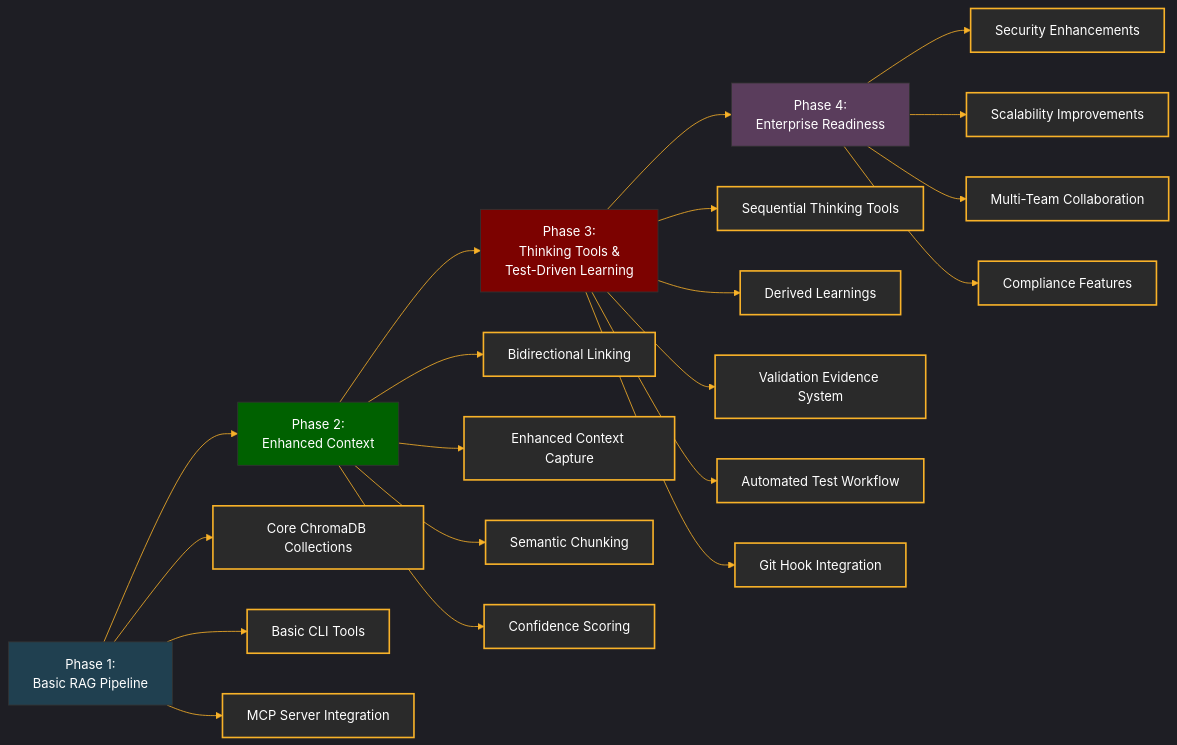
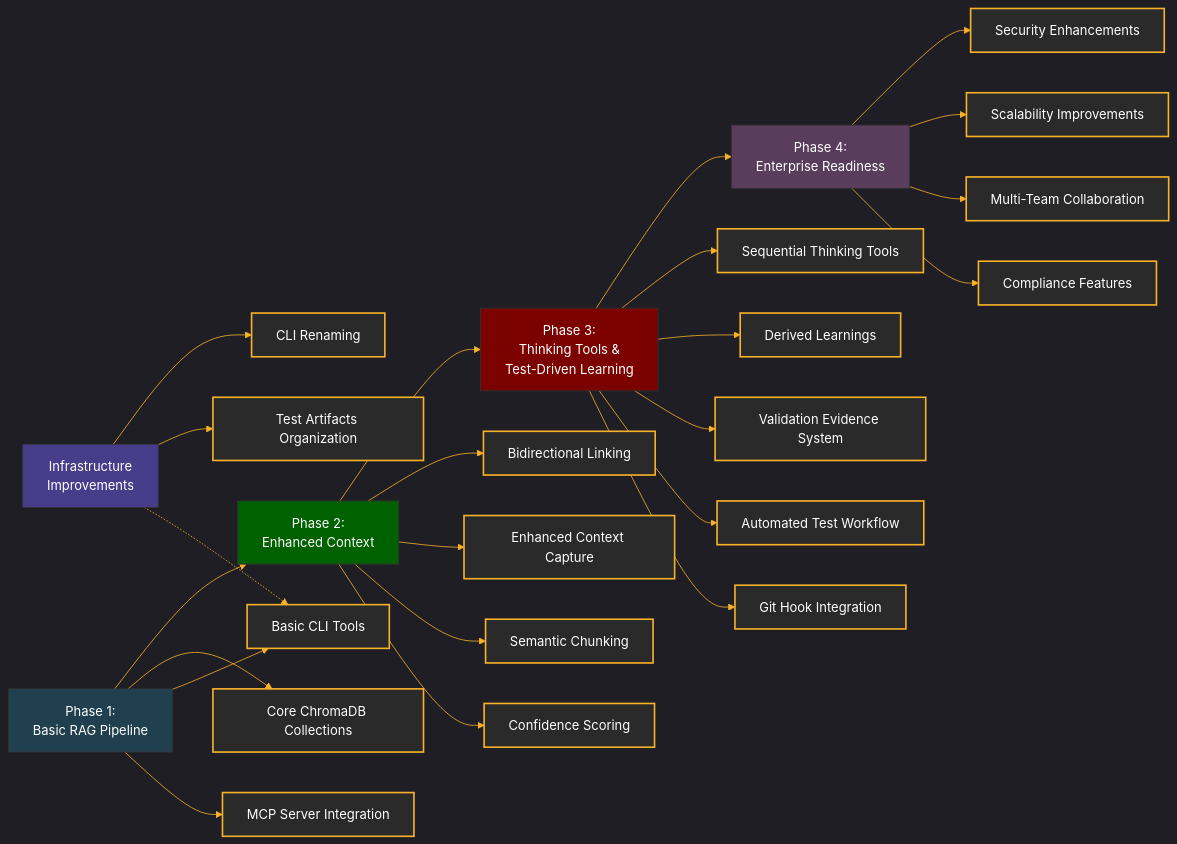
The diagram in docs/refactoring/README.md (somebloke1/chroma_mcp_server), drawn with Mermaid before and after one commit. The commit also changed other lines of this file and 56 other files, not shown here.

````diff
--- a/docs/refactoring/README.md
+++ b/docs/refactoring/README.md
@@ -24,46 +26,53 @@
 ```mermaid
 %%{init: {
   'theme': 'dark',
   'themeVariables': {
     'primaryColor': '#2a2a2a',
     'primaryTextColor': '#fff',
     'primaryBorderColor': '#7C0200',
     'lineColor': '#F8B229',
     'secondaryColor': '#006100',
     'tertiaryColor': '#204050'
   }
 }}%%
 flowchart LR
     classDef phase1 fill:#204050,stroke:#333,stroke-width:1px,color:white
     classDef phase2 fill:#006100,stroke:#333,stroke-width:1px,color:white
     classDef phase3 fill:#7C0200,stroke:#333,stroke-width:1px,color:white
     classDef phase4 fill:#5a3d5c,stroke:#333,stroke-width:1px,color:white
     classDef component fill:#2a2a2a,stroke:#F8B229,stroke-width:2px,color:white
+    classDef infra fill:#483D8B,stroke:#333,stroke-width:1px,color:white
     
     %% Timeline flow
     P1[Phase 1:\nBasic RAG Pipeline]:::phase1 --> P2[Phase 2:\nEnhanced Context]:::phase2 --> P3[Phase 3:\nThinking Tools &\nTest-Driven Learning]:::phase3 --> P4[Phase 4:\nEnterprise Readiness]:::phase4
+    
+    %% Infrastructure improvements
+    INFRA[Infrastructure\nImprovements]:::infra
+    INFRA --> CR[CLI Renaming]:::component
+    INFRA --> TA[Test Artifacts Organization]:::component
     
     %% Phase 1 components
     P1 --> CR1[Core ChromaDB Collections]:::component
     P1 --> CLI1[Basic CLI Tools]:::component
     P1 --> MCP1[MCP Server Integration]:::component
+    INFRA -.-> CLI1
 
     %% Phase 2 components
     P2 --> BL[Bidirectional Linking]:::component
     P2 --> EC[Enhanced Context Capture]:::component
     P2 --> SC[Semantic Chunking]:::component
     P2 --> CS[Confidence Scoring]:::component
     
     %% Phase 3 components
     P3 --> TT[Sequential Thinking Tools]:::component
     P3 --> DL[Derived Learnings]:::component
     P3 --> VE[Validation Evidence System]:::component
     P3 --> TW[Automated Test Workflow]:::component
     P3 --> GH[Git Hook Integration]:::component
     
     %% Phase 4 components (planned)
     P4 --> SE[Security Enhancements]:::component
     P4 --> SC2[Scalability Improvements]:::component
     P4 --> MT[Multi-Team Collaboration]:::component
     P4 --> CO[Compliance Features]:::component
 ```
````
